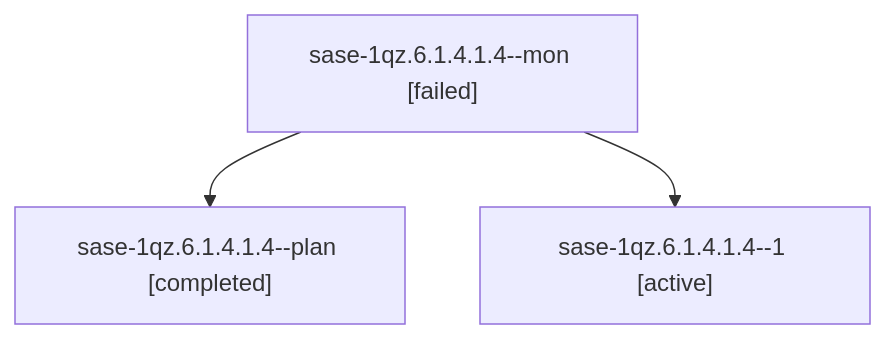
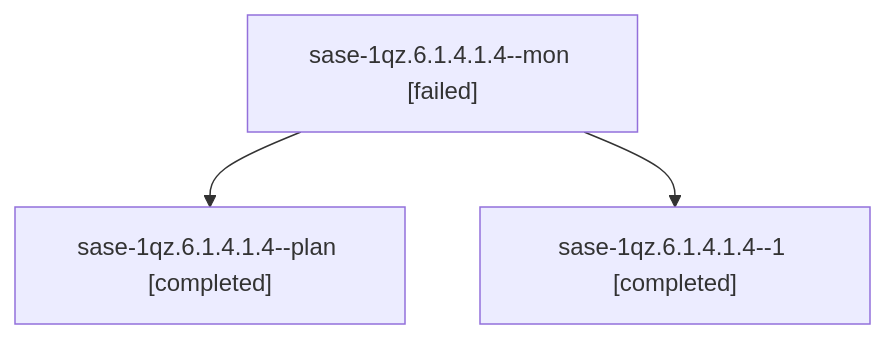
Before and after one commit to sase-org/sase--agents: the diagram in sessions/bbugyi200.athena.sase-1qz.6.1.4.1.4.md, drawn with Mermaid. The commit also changed other lines of this file and 34 other files, not shown here.

````diff
--- a/sessions/bbugyi200.athena.sase-1qz.6.1.4.1.4.md
+++ b/sessions/bbugyi200.athena.sase-1qz.6.1.4.1.4.md
@@ -9,8 +9,8 @@
 ```mermaid
 flowchart TD
   n0["sase-1qz.6.1.4.1.4--mon [failed]"]
   n1["sase-1qz.6.1.4.1.4--plan [completed]"]
   n0 --> n1
-  n2["sase-1qz.6.1.4.1.4--1 [active]"]
+  n2["sase-1qz.6.1.4.1.4--1 [completed]"]
   n0 --> n2
 ```
````
